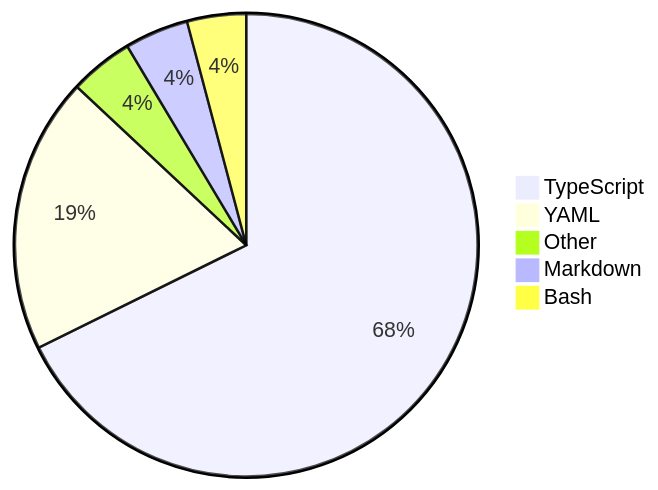
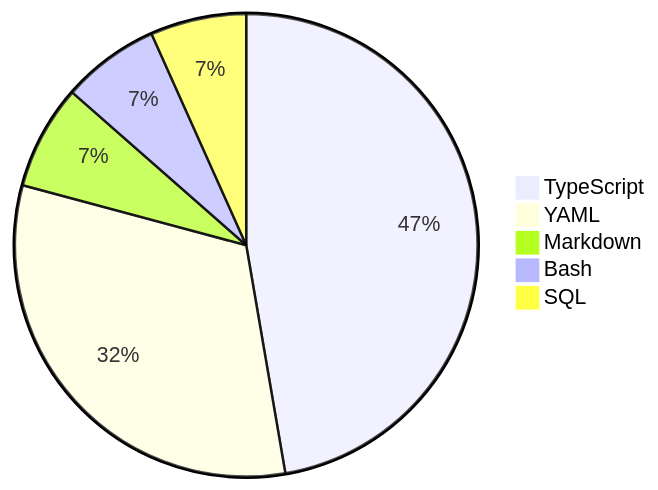
One commit to skvggor/skvggor changed the diagram in README.md. Above: the diagram before and after it, drawn with Mermaid.

Commit message:
Updated waka-readme graph with new metrics

````diff
--- a/README.md
+++ b/README.md
@@ -16,8 +16,8 @@
 ```mermaid
 pie
-    "TypeScript" : 60.8
-    "YAML" : 17.3
-    "Other" : 4.0
-    "Markdown" : 4.0
-    "Bash" : 3.7
+    "TypeScript" : 40.2
+    "YAML" : 27.1
+    "Markdown" : 6.2
+    "Bash" : 5.8
+    "SQL" : 5.7
 ```
````
